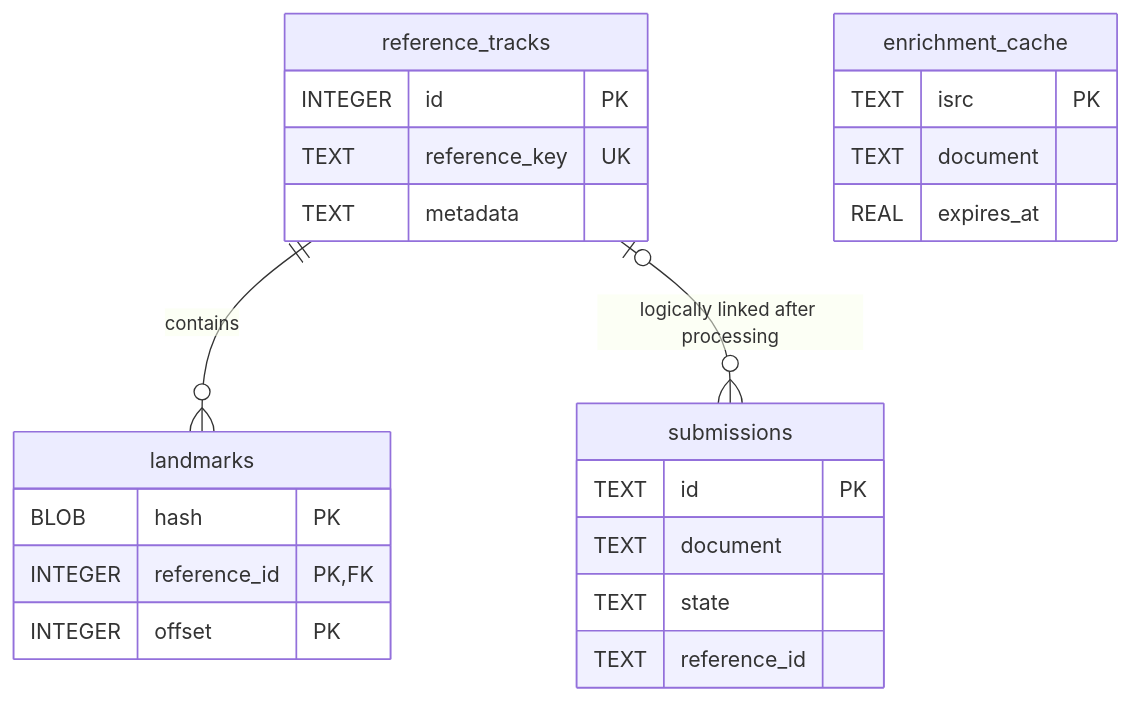
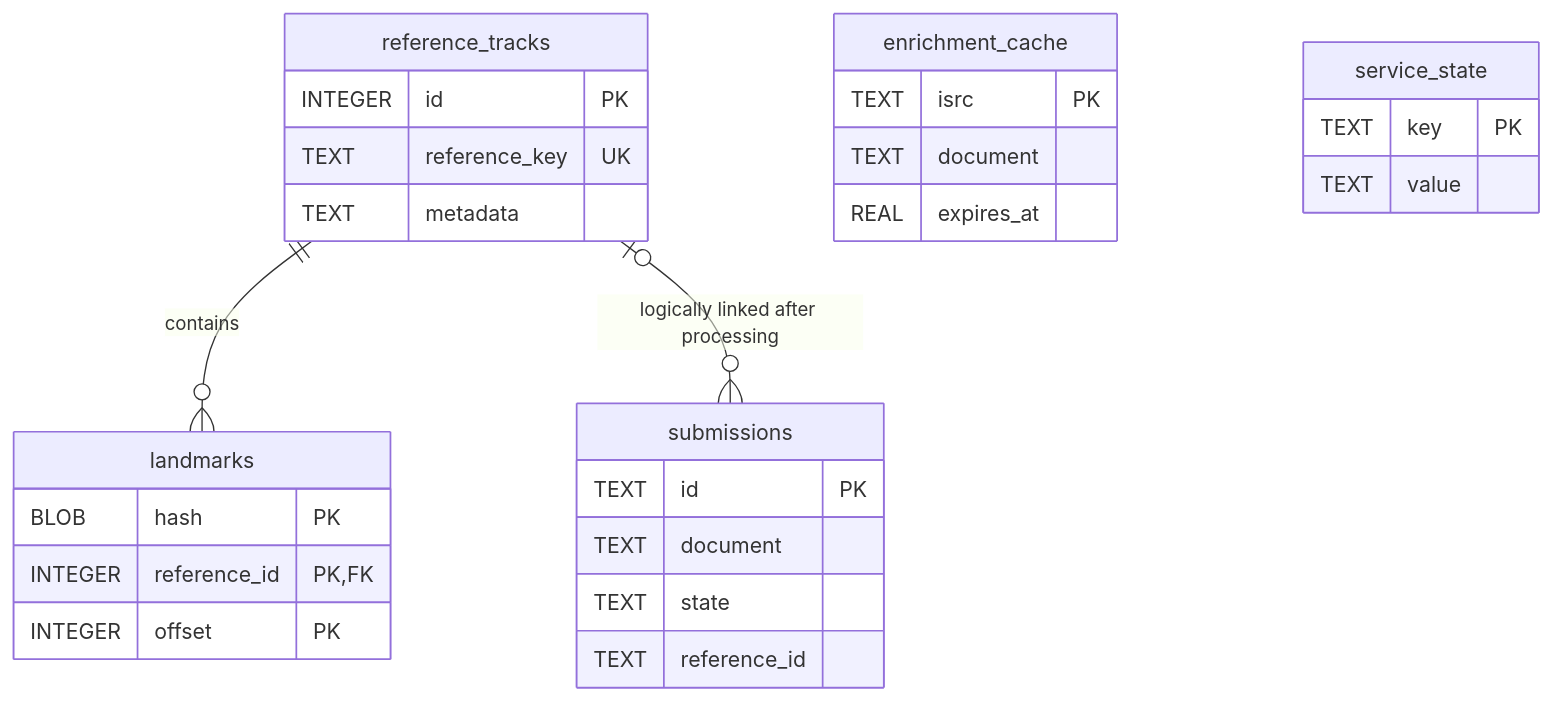
One commit to dmoo500/audio-fingerprint-server changed the fourth of 7 diagrams in README.md. Above: the diagram before and after it, drawn with Mermaid. The commit also changed other lines of this file and 13 other files, not shown here.

````diff
--- a/README.md
+++ b/README.md
@@ -91,26 +93,30 @@
 ```mermaid
 erDiagram
     reference_tracks ||--o{ landmarks : contains
     reference_tracks |o--o{ submissions : "logically linked after processing"
     submissions {
         TEXT id PK
         TEXT document
         TEXT state
         TEXT reference_id
     }
     reference_tracks {
         INTEGER id PK
         TEXT reference_key UK
         TEXT metadata
     }
     landmarks {
         BLOB hash PK
         INTEGER reference_id PK, FK
         INTEGER offset PK
     }
     enrichment_cache {
         TEXT isrc PK
         TEXT document
         REAL expires_at
     }
+    service_state {
+        TEXT key PK
+        TEXT value
+    }
 ```
````
